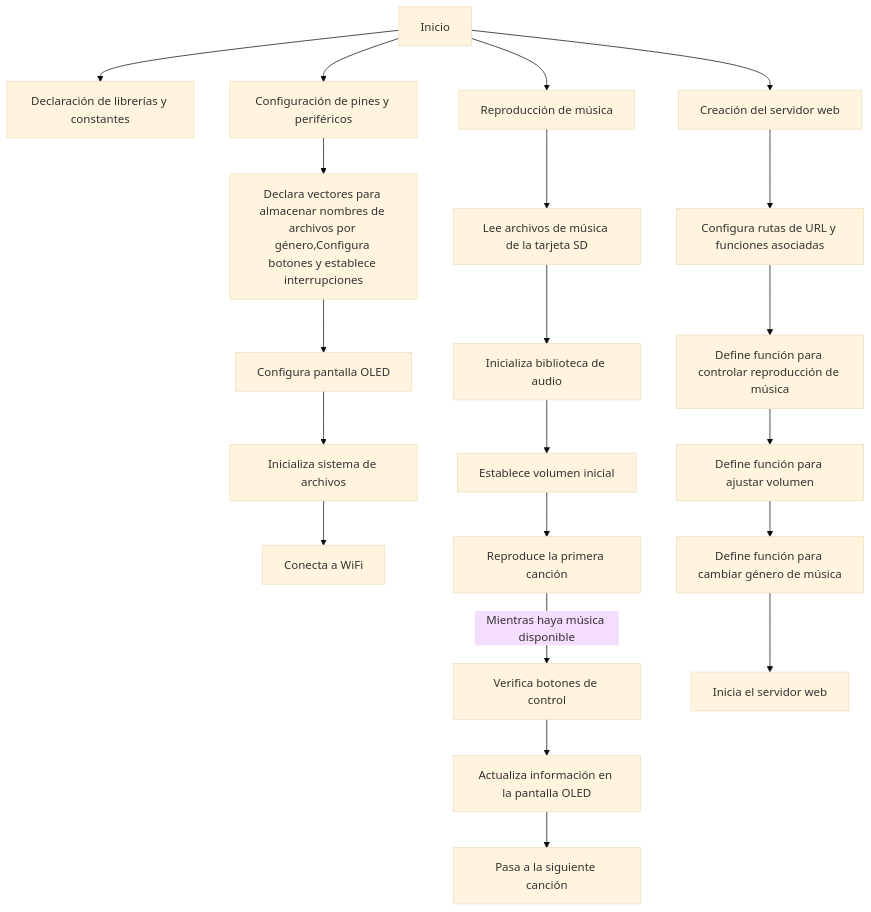
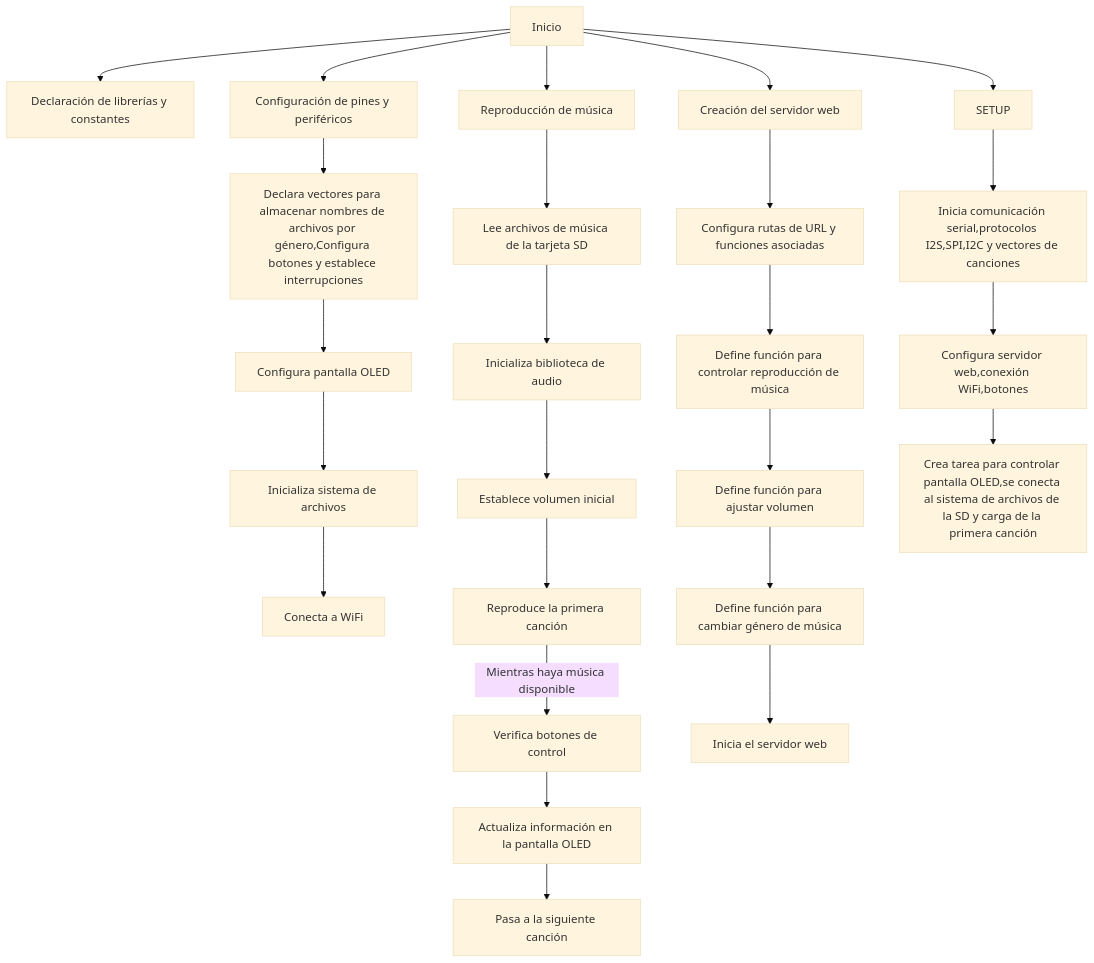
The diagram in README.md (Yagouch/ProcesadoresDigitales), drawn with Mermaid (base theme) before and after one commit.

````diff
--- a/README.md
+++ b/README.md
@@ -1048,27 +1048,32 @@
 ```mermaid
 flowchart TD;
     A[Inicio] --> B[Declaración de librerías y constantes];
     
     A -->C[Configuración de pines y periféricos];
     C-->D[Declara vectores para almacenar nombres de archivos por género,Configura botones y establece interrupciones];
     D -->E[Configura pantalla OLED];
     E-->F[Inicializa sistema de archivos];
     F -->G[Conecta a WiFi];
     
     A -->H[Reproducción de  música];
     H--> I[Lee archivos de música de la tarjeta SD];
     I -->J[Inicializa biblioteca de audio];
     J -->K[Establece volumen inicial];
     K -->L[Reproduce la primera canción];
     L -->|Mientras haya música disponible| M[Verifica botones de control];
     M-->N[Actualiza información en la pantalla OLED];
     N -->O[Pasa a la siguiente canción];
     
     A -->P[Creación del servidor web];
     P -->Q[Configura rutas de URL y funciones asociadas];
     Q -->R[Define función para controlar reproducción de música];
     R -->S[Define función para ajustar volumen];
     S -->T[Define función para cambiar género de música];
     T -->V[Inicia el servidor web];
     
+    A -->W[SETUP];
+    W -->X[Inicia comunicación serial,protocolos I2S,SPI,I2C y vectores de canciones];
+    X -->Y[Configura servidor web,conexión WiFi,botones];
+    Y -->Z[Crea tarea para controlar pantalla OLED,se conecta al sistema de archivos de la SD y carga de la primera canción];
+    
 ```
````
